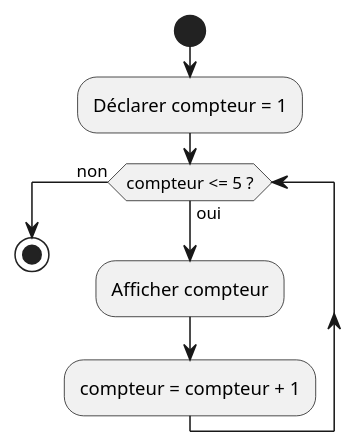
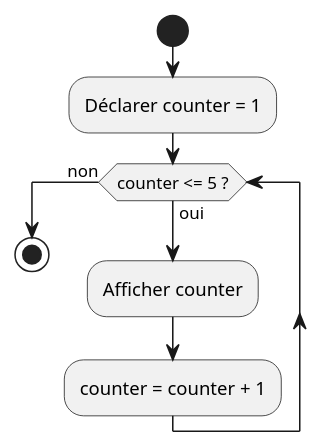
The sixth of 12 diagrams in 04.02-variables-constantes/02-exercices/README.md (HEIG-VD-Prog-Course/HEIG-VD-ProgIM-Course), drawn with PlantUML before and after one commit. The commit also changed other lines of this file and 1 other file, not shown here.

````diff
--- a/04.02-variables-constantes/02-exercices/README.md
+++ b/04.02-variables-constantes/02-exercices/README.md
@@ -465,11 +465,11 @@
 ```plantuml
 @startuml
 start
-:Déclarer compteur = 1;
-while (compteur <= 5 ?) is (oui)
-  :Afficher compteur;
-  :compteur = compteur + 1;
+:Déclarer counter = 1;
+while (counter <= 5 ?) is (oui)
+  :Afficher counter;
+  :counter = counter + 1;
 endwhile (non)
 stop
 @enduml
 ```
````
